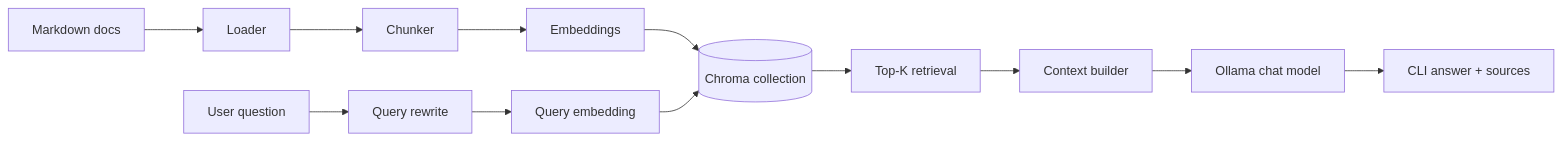
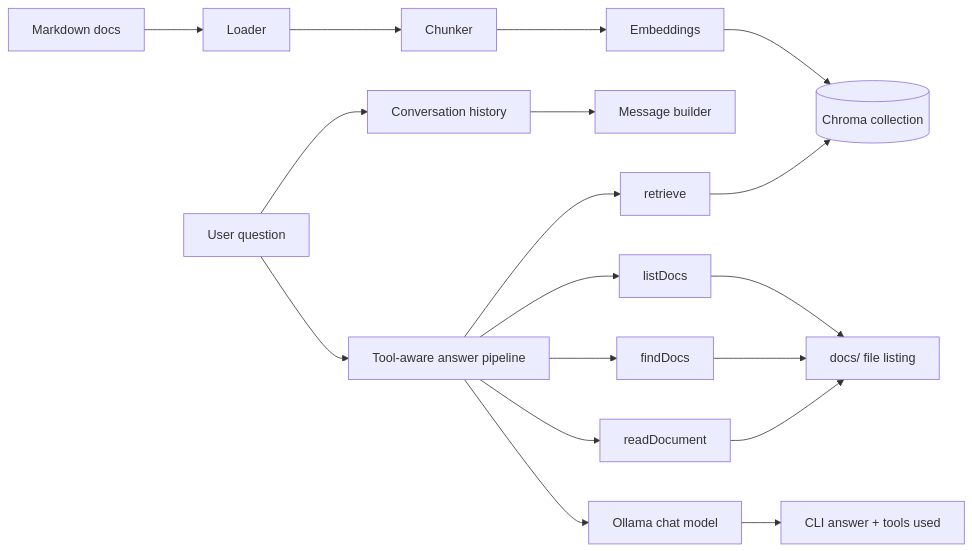
The first of 3 diagrams in README.md (subhamBharadwaz/dev-docs), drawn with Mermaid before and after one commit. The commit also changed other lines of this file and 16 other files, not shown here.

First line of the commit message:
feat: add tool-aware documentation chat

````diff
--- a/README.md
+++ b/README.md
@@ -9,14 +9,20 @@
 ```mermaid
 flowchart LR
     A[Markdown docs] --> B[Loader]
     B --> C[Chunker]
     C --> D[Embeddings]
     D --> E[(Chroma collection)]
-    Q[User question] --> R[Query rewrite]
-    R --> S[Query embedding]
-    S --> E
-    E --> T[Top-K retrieval]
-    T --> U[Context builder]
-    U --> V[Ollama chat model]
-    V --> W[CLI answer + sources]
+    Q[User question] --> H[Conversation history]
+    H --> M[Message builder]
+    Q --> R[Tool-aware answer pipeline]
+    R --> T1[listDocs]
+    R --> T2[findDocs]
+    R --> T3[readDocument]
+    R --> T4[retrieve]
+    T4 --> E
+    T1 --> F[docs/ file listing]
+    T2 --> F
+    T3 --> F
+    R --> V[Ollama chat model]
+    V --> W[CLI answer + tools used]
 ```
````
